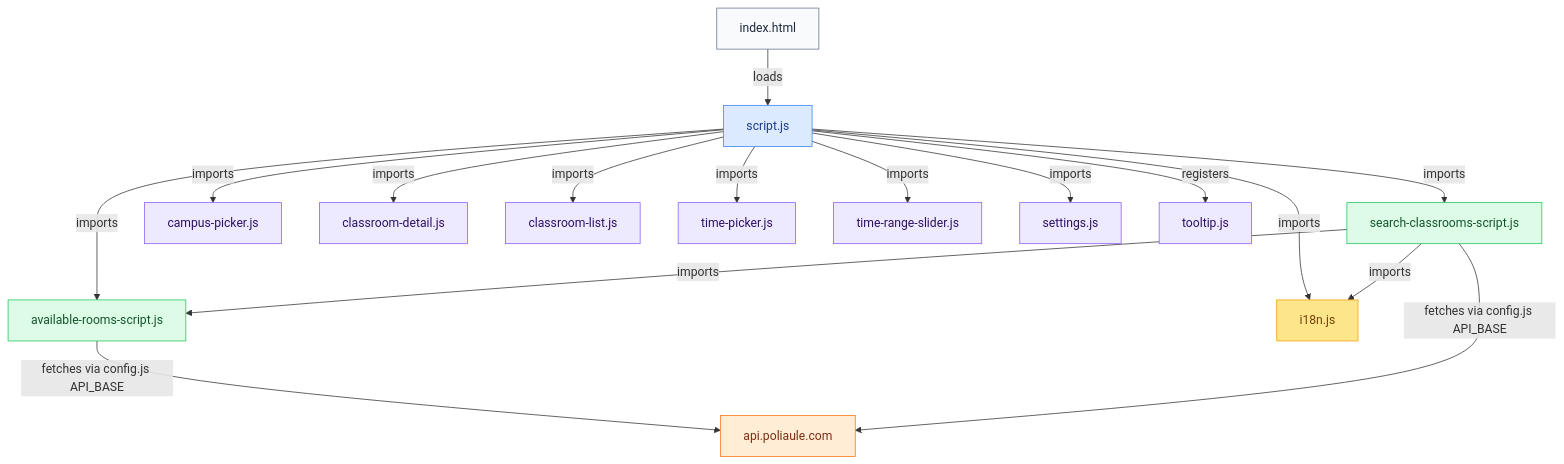
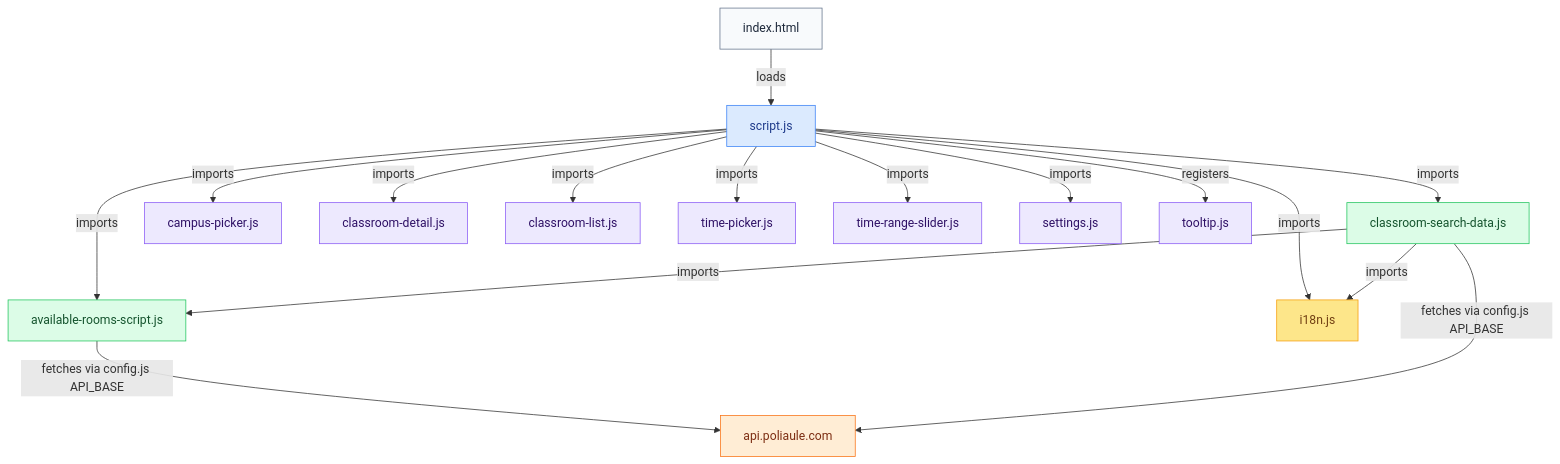
Before and after one commit to SummaCristian/PoliAule: the third of 4 diagrams in docs/architecture.md, drawn with Mermaid. The commit also changed other lines of this file and 30 other files, not shown here.

````diff
--- a/docs/architecture.md
+++ b/docs/architecture.md
@@ -175,40 +175,40 @@
 ```mermaid
 graph TD
     classDef entry fill:#f8fafc,stroke:#64748b,color:#1e293b
     classDef shell fill:#dbeafe,stroke:#3b82f6,color:#1e3a8a
     classDef data fill:#dcfce7,stroke:#22c55e,color:#14532d
     classDef i18n fill:#fde68a,stroke:#f59e0b,color:#713f12
     classDef component fill:#ede9fe,stroke:#8b5cf6,color:#2e1065
     classDef store fill:#f1f5f9,stroke:#475569,color:#0f172a
     classDef cf fill:#ffedd5,stroke:#f97316,color:#7c2d12
 
     IH["index.html"]:::entry
     SC["script.js"]:::shell
     ARS["available-rooms-script.js"]:::data
-    SCS["search-classrooms-script.js"]:::data
+    SCS["classroom-search-data.js"]:::data
     I18N["i18n.js"]:::i18n
 
     CP["campus-picker.js"]:::component
     CD["classroom-detail.js"]:::component
     CL["classroom-list.js"]:::component
     TP["time-picker.js"]:::component
     TRS["time-range-slider.js"]:::component
     SET["settings.js"]:::component
     TT["tooltip.js"]:::component
 
     IH -->|loads| SC
     SC -->|imports| ARS
     SC -->|imports| SCS
     SC -->|imports| I18N
     SC -->|imports| CP
     SC -->|imports| CD
     SC -->|imports| CL
     SC -->|imports| TP
     SC -->|imports| TRS
     SC -->|imports| SET
     SC -->|registers| TT
     SCS -->|imports| ARS
     SCS -->|imports| I18N
     ARS -->|fetches via config.js API_BASE| API["api.poliaule.com"]:::cf
     SCS -->|fetches via config.js API_BASE| API
 ```
````
